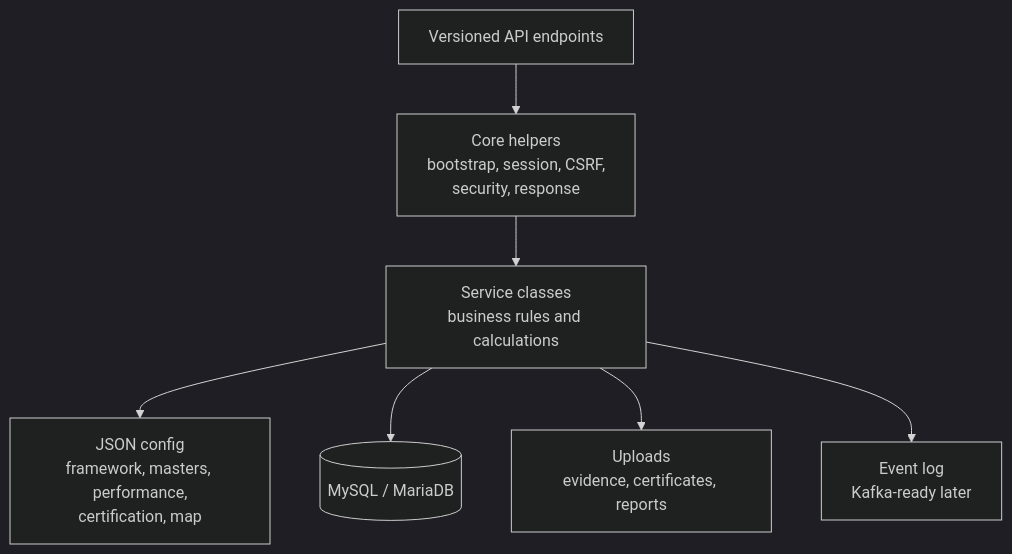
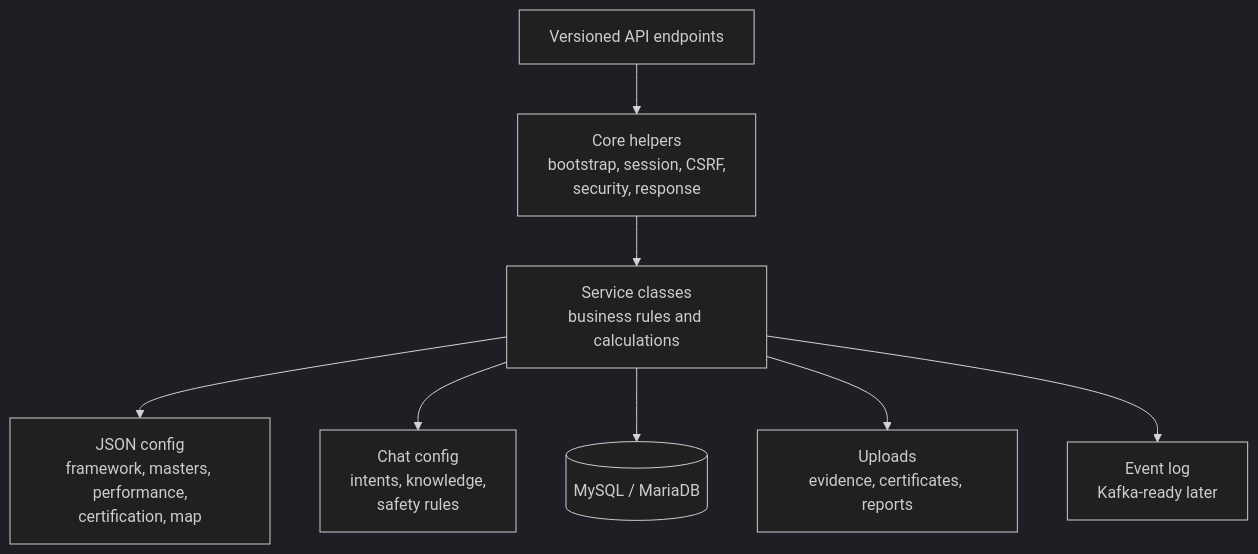
The third of 10 diagrams in docs/architecture/technical_architecture.md (PSMRI/saQshi_open_source), drawn with Mermaid (dark theme) before and after one commit. The commit also changed other lines of this file and 243 other files, not shown here.

````diff
--- a/docs/architecture/technical_architecture.md
+++ b/docs/architecture/technical_architecture.md
@@ -88,17 +102,19 @@
 ```mermaid
 flowchart TB
     API["Versioned API endpoints"]
     Core["Core helpers<br/>bootstrap, session, CSRF,<br/>security, response"]
     Services["Service classes<br/>business rules and calculations"]
     Config["JSON config<br/>framework, masters, performance,<br/>certification, map"]
     DB[("MySQL / MariaDB")]
     Files["Uploads<br/>evidence, certificates, reports"]
     Events["Event log<br/>Kafka-ready later"]
+    ChatConfig["Chat config<br/>intents, knowledge,<br/>safety rules"]
 
     API --> Core
     Core --> Services
     Services --> Config
+    Services --> ChatConfig
     Services --> DB
     Services --> Files
     Services --> Events
 ```
````
